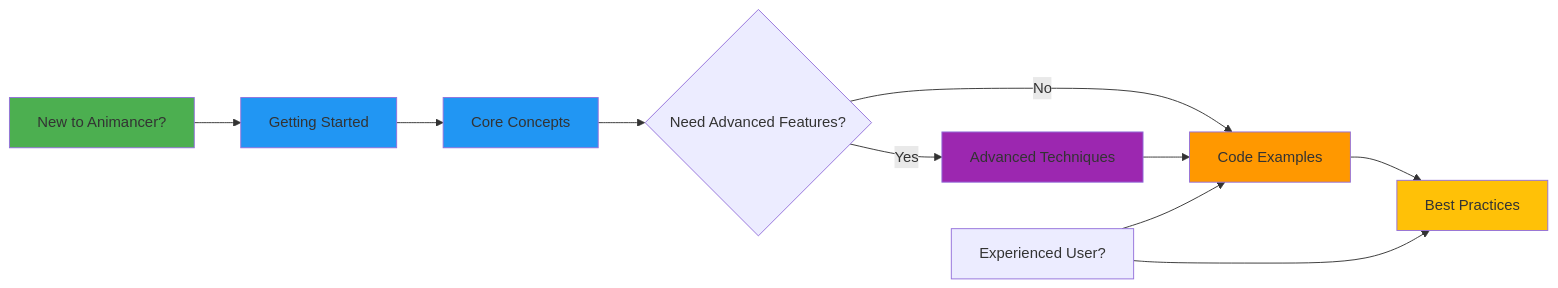
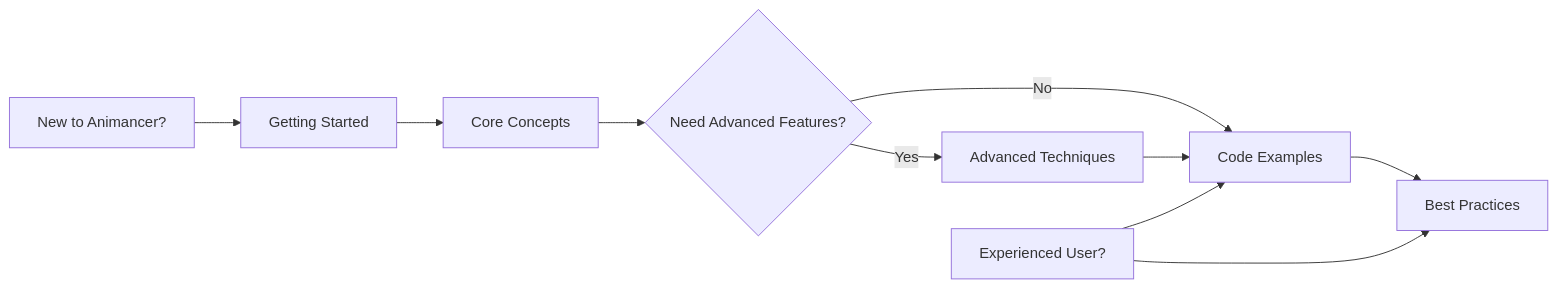
The diagram in docs/animancer/README.md (wallstop/unity-tips), drawn with Mermaid before and after one commit. The commit also changed 27 other files, not shown here.

Commit message:
Convert ASCII diagrams to Mermaid format (#30)

````diff
--- a/docs/animancer/README.md
+++ b/docs/animancer/README.md
@@ -222,20 +222,14 @@
 ```mermaid
 graph LR
     A[New to Animancer?] --> B[Getting Started]
     B --> C[Core Concepts]
     C --> D{Need Advanced Features?}
     D -->|Yes| E[Advanced Techniques]
     D -->|No| F[Code Examples]
     E --> F
     F --> G[Best Practices]
 
     H[Experienced User?] --> G
     H --> F
 
-    style A fill:#4CAF50
-    style B fill:#2196F3
-    style C fill:#2196F3
-    style E fill:#9C27B0
-    style F fill:#FF9800
-    style G fill:#FFC107
 ```
````
